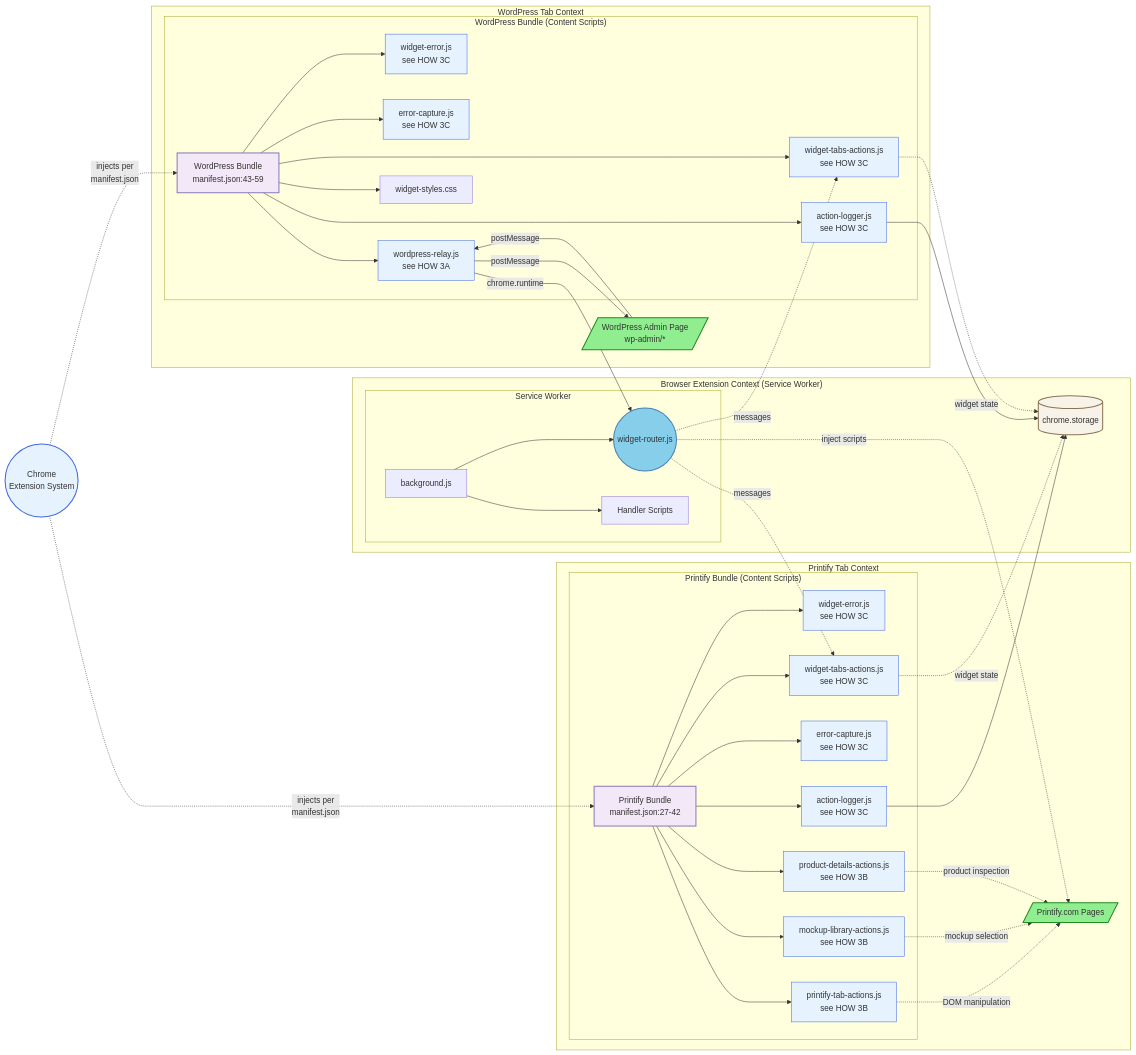
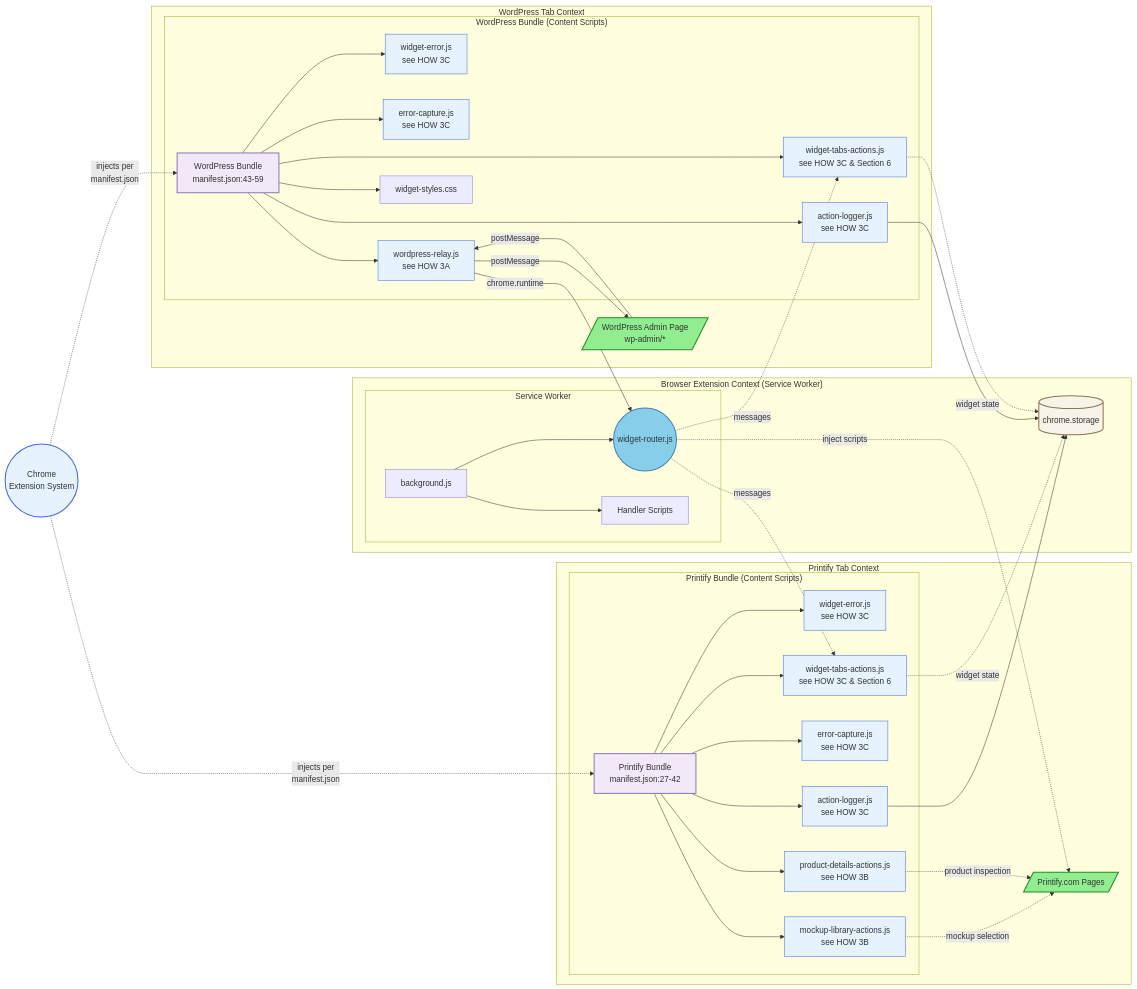
The second of 5 diagrams in guidelines/sip-printify-manager-extension-guidelines-v2.md (tdemelle-SiP/.claude), drawn with Mermaid before and after one commit. The commit also changed other lines of this file and 1 other file, not shown here.

````diff
--- a/guidelines/sip-printify-manager-extension-guidelines-v2.md
+++ b/guidelines/sip-printify-manager-extension-guidelines-v2.md
@@ -213,75 +214,73 @@
 ```mermaid
 graph LR
   Chrome((Chrome<br/>Extension System))
   
   subgraph "Browser Extension Context (Service Worker)"
     subgraph "Service Worker"
       SW[background.js] --> Router((widget-router.js))
       SW --> Handlers[Handler Scripts]
     end
     
     Storage[(chrome.storage)]
   end
   
   subgraph "WordPress Tab Context"
     subgraph "WordPress Bundle (Content Scripts)"
       WPBundle[WordPress Bundle<br/>manifest.json:43-59]
       WPBundle --> WE[widget-error.js<br/>see HOW 3C]
       WPBundle --> AL1[action-logger.js<br/>see HOW 3C]
       WPBundle --> EC1[error-capture.js<br/>see HOW 3C]
       WPBundle --> WR[wordpress-relay.js<br/>see HOW 3A]
-      WPBundle --> WT1[widget-tabs-actions.js<br/>see HOW 3C]
+      WPBundle --> WT1[widget-tabs-actions.js<br/>see HOW 3C & Section 6]
       WPBundle --> WSS[widget-styles.css]
     end
     
     WPPage[/WordPress Admin Page<br/>wp-admin/*/]
     WR -->|postMessage| WPPage
     WPPage -->|postMessage| WR
   end
   
   subgraph "Printify Tab Context"
     subgraph "Printify Bundle (Content Scripts)"
       PBundle[Printify Bundle<br/>manifest.json:27-42]
       PBundle --> WE2[widget-error.js<br/>see HOW 3C]
       PBundle --> AL2[action-logger.js<br/>see HOW 3C]
       PBundle --> EC2[error-capture.js<br/>see HOW 3C]
-      PBundle --> PTA[printify-tab-actions.js<br/>see HOW 3B]
-      PBundle --> WT2[widget-tabs-actions.js<br/>see HOW 3C]
+      PBundle --> WT2[widget-tabs-actions.js<br/>see HOW 3C & Section 6]
       PBundle --> MLA[mockup-library-actions.js<br/>see HOW 3B]
       PBundle --> PDA[product-details-actions.js<br/>see HOW 3B]
     end
     
     PrintifyPage[/Printify.com Pages/]
-    PTA -.->|DOM manipulation| PrintifyPage
     MLA -.->|mockup selection| PrintifyPage
     PDA -.->|product inspection| PrintifyPage
   end
   
   WR -->|chrome.runtime| Router
   Router -.->|messages| WT1
   Router -.->|messages| WT2
   Router -.->|inject scripts| PrintifyPage
   AL1 --> Storage
   AL2 --> Storage
   WT1 -.->|widget state| Storage
   WT2 -.->|widget state| Storage
   
   Chrome -.->|injects per<br/>manifest.json| WPBundle
   Chrome -.->|injects per<br/>manifest.json| PBundle
   
   %% Style definitions
   classDef userFacingStyle fill:#90EE90,stroke:#228B22,stroke-width:2px
   classDef routerStyle fill:#87CEEB,stroke:#4682B4,stroke-width:2px
   classDef scriptStyle fill:#E6F3FF,stroke:#4169E1,stroke-width:1px
   classDef storageStyle fill:#F8F3E8,stroke:#8B7355,stroke-width:2px
   classDef groupStyle fill:#F3E8F8,stroke:#8B7AB8,stroke-width:2px
   classDef chromeStyle fill:#E6F3FF,stroke:#4169E1,stroke-width:2px
   
   %% Apply styles
   class WPPage,PrintifyPage userFacingStyle
   class Router routerStyle
-  class WE,WE2,AL1,AL2,EC1,EC2,WR,PTA,WT1,WT2,MLA,PDA scriptStyle
+  class WE,WE2,AL1,AL2,EC1,EC2,WR,WT1,WT2,MLA,PDA scriptStyle
   class Storage storageStyle
   class WPBundle,PBundle groupStyle
   class Chrome chromeStyle
 ```
````
